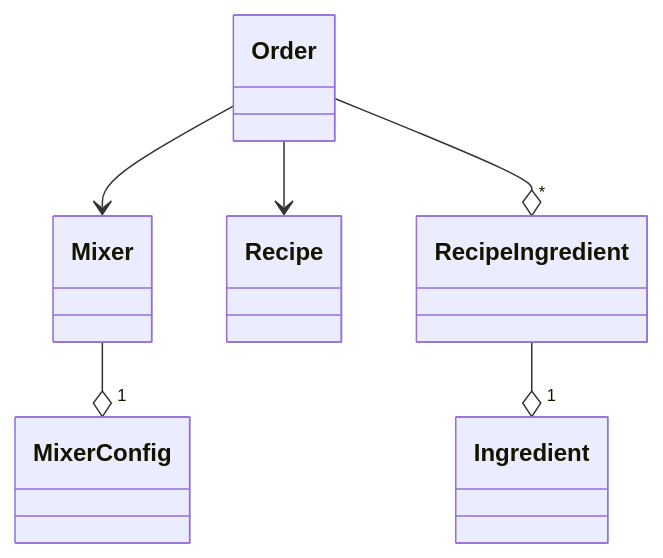
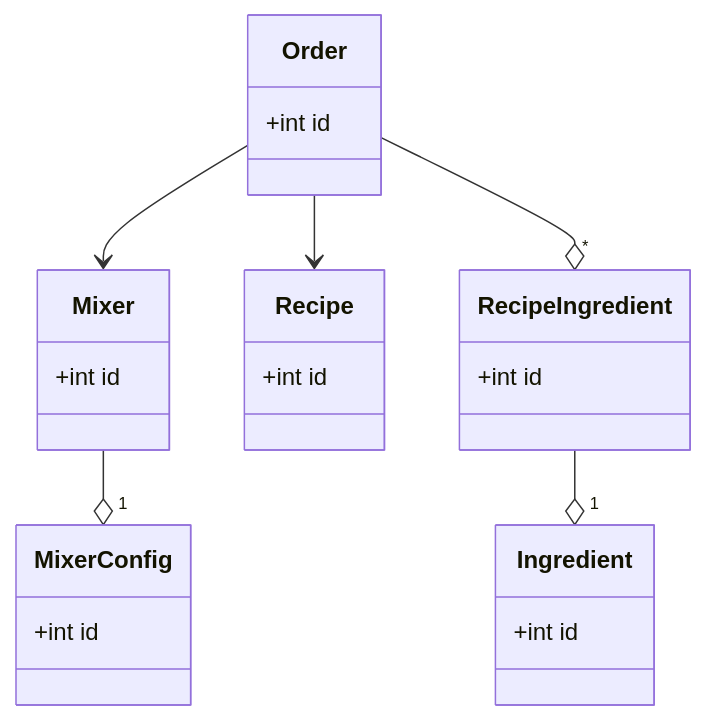
One commit to connectory/boschtail changed the diagram in README.md. Above: the diagram before and after it, drawn with Mermaid.

````diff
--- a/README.md
+++ b/README.md
@@ -13,8 +13,15 @@
 ```mermaid
 classDiagram
     Mixer --o "1" MixerConfig
     Order --> Mixer
     Order --> Recipe
     Order --o "*" RecipeIngredient
     RecipeIngredient --o "1" Ingredient
+
+    Mixer : +int id
+    MixerConfig : +int id
+    Order : +int id
+    Recipe : +int id
+    RecipeIngredient: +int id
+    Ingredient: +int id
 ```
````
